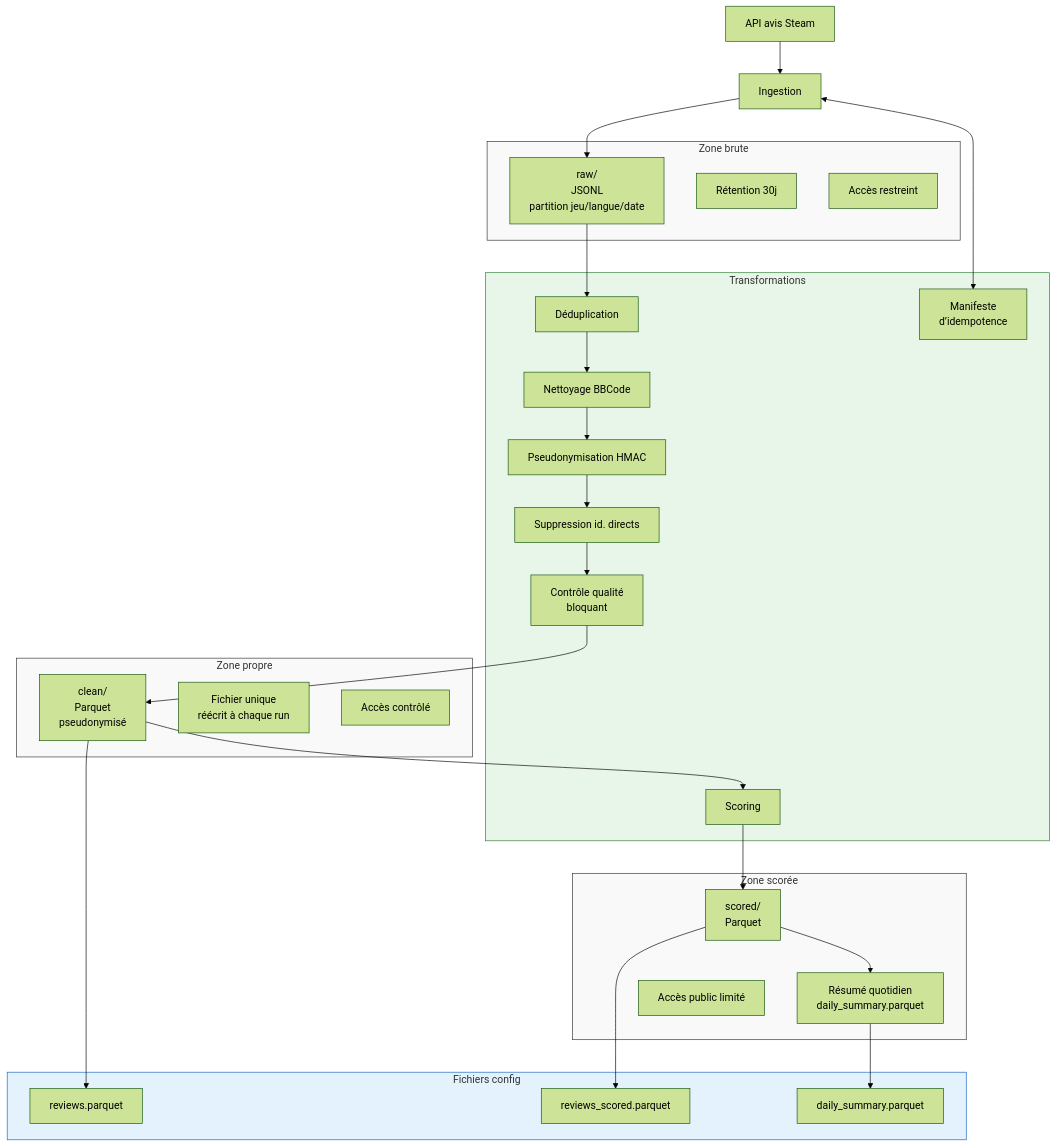
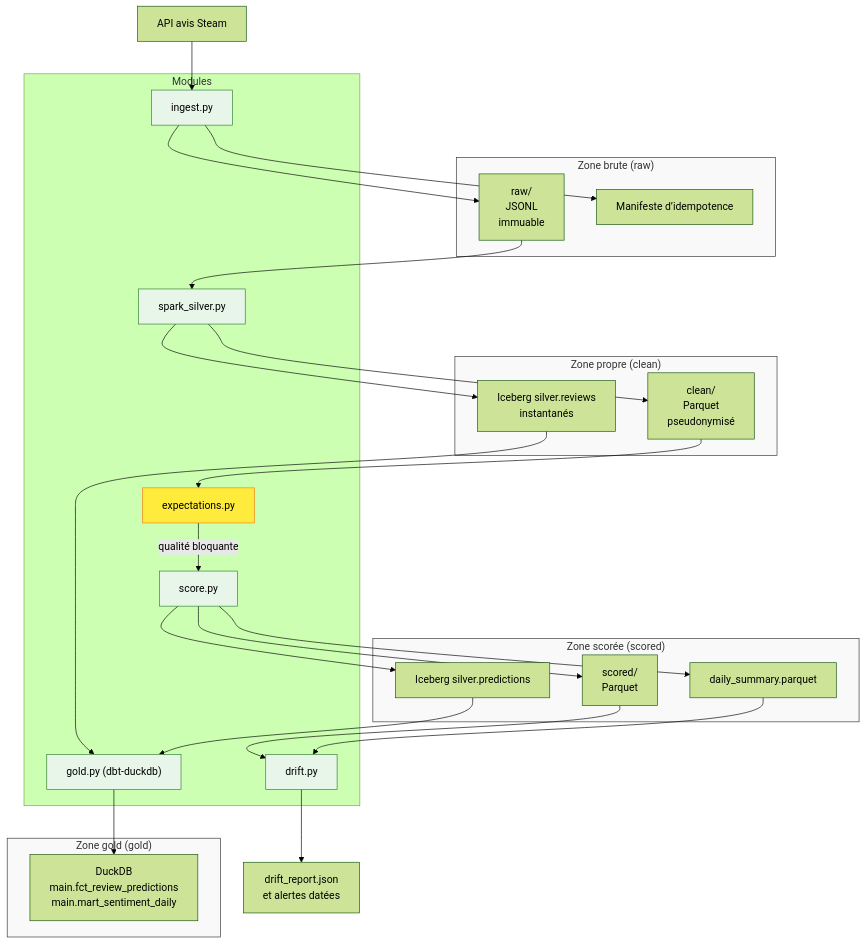
The diagram in docs/diagrams/src/02_flux_et_zones_de_donnees.mmd (KinSushi/reviewpulse-pipeline), drawn with Mermaid (forest theme) before and after one commit. The commit also changed 17 other files, not shown here.

First line of the commit message:
Schemas remis a niveau et rendu mecanise

```diff
--- a/docs/diagrams/src/02_flux_et_zones_de_donnees.mmd
+++ b/docs/diagrams/src/02_flux_et_zones_de_donnees.mmd
@@ -1,47 +1,56 @@
-%% Diagramme de flux ReviewPulse
+%% Diagramme des flux et zones de données ReviewPulse
 flowchart TB
-    subgraph RAW["Zone brute"]
-        R1["raw/<br/>JSONL<br/>partition jeu/langue/date"]
-        R2["Rétention 30j"]
-        R3["Accès restreint"]
-    end
-    subgraph CLEAN["Zone propre"]
-        C1["clean/<br/>Parquet<br/>pseudonymisé"]
-        C2["Fichier unique<br/>réécrit à chaque run"]
-        C3["Accès contrôlé"]
-    end
-    subgraph SCORED["Zone scorée"]
-        S1["scored/<br/>Parquet"]
-        S2["Résumé quotidien<br/>daily_summary.parquet"]
-        S3["Accès public limité"]
-    end
-    subgraph TRANS["Transformations"]
-        DED["Déduplication"]
-        BB["Nettoyage BBCode"]
-        HMAC["Pseudonymisation HMAC"]
-        SUP["Suppression id. directs"]
-        QCK["Contrôle qualité<br/>bloquant"]
-        SCR["Scoring"]
-        IDEM["Manifeste<br/>d’idempotence"]
-    end
-    subgraph CONFIG["Fichiers config"]
-        CF1["reviews.parquet"]
-        CF2["reviews_scored.parquet"]
-        CF3["daily_summary.parquet"]
+    subgraph RAW["Zone brute (raw)"]
+        RAW_DATA["raw/<br/>JSONL<br/>immuable"]
+        RAW_MANIFEST["Manifeste d’idempotence"]
     end
 
-    API["API avis Steam"] --> ING["Ingestion"] --> R1
-    ING <--> IDEM
-    R1 --> DED --> BB --> HMAC --> SUP --> QCK --> C1
-    C1 --> SCR --> S1
-    S1 --> S2
-    C1 --> CF1
-    S1 --> CF2
-    S2 --> CF3
+    subgraph CLEAN["Zone propre (clean)"]
+        CLEAN_DATA["clean/<br/>Parquet<br/>pseudonymisé"]
+        SILVER_TABLE["Iceberg silver.reviews<br/>instantanés"]
+    end
+
+    subgraph SCORED["Zone scorée (scored)"]
+        SCORED_DATA["scored/<br/>Parquet"]
+        DAILY_SUM["daily_summary.parquet"]
+        PRED_TABLE["Iceberg silver.predictions"]
+    end
+
+    subgraph GOLD["Zone gold (gold)"]
+        GOLD_TABLES["DuckDB<br/>main.fct_review_predictions<br/>main.mart_sentiment_daily"]
+    end
+
+    subgraph MODULES["Modules"]
+        INGEST["ingest.py"]
+        SPARK["spark_silver.py"]
+        GX["expectations.py"]
+        SCORE["score.py"]
+        DRIFT["drift.py"]
+        DBT["gold.py (dbt‑duckdb)"]
+    end
+
+    %% Flux de données
+    API["API avis Steam"] --> INGEST
+    INGEST --> RAW_DATA
+    INGEST --> RAW_MANIFEST
+    RAW_DATA --> SPARK
+    SPARK --> CLEAN_DATA
+    SPARK --> SILVER_TABLE
+    CLEAN_DATA --> GX
+    GX -->|qualité bloquante| SCORE
+    SCORE --> SCORED_DATA
+    SCORE --> DAILY_SUM
+    SCORE --> PRED_TABLE
+    SILVER_TABLE --> DBT
+    PRED_TABLE --> DBT
+    DBT --> GOLD_TABLES
+    SCORED_DATA --> DRIFT
+    DAILY_SUM --> DRIFT
+    DRIFT --> DRIFT_OUT["drift_report.json<br/>et alertes datées"]
 
     classDef zone fill:#f9f9f9,stroke:#333,stroke-width:1px;
-    classDef trans fill:#e8f5e9,stroke:#2e7d32;
-    classDef config fill:#e3f2fd,stroke:#1565c0;
-    class RAW,CLEAN,SCORED zone;
-    class TRANS trans;
-    class CONFIG config;
+    classDef module fill:#e8f5e9,stroke:#2e7d32;
+    classDef gate fill:#ffeb3b,stroke:#f57f17;
+    class RAW,CLEAN,SCORED,GOLD zone;
+    class INGEST,SPARK,GX,SCORE,DRIFT,DBT module;
+    class GX gate;
```
